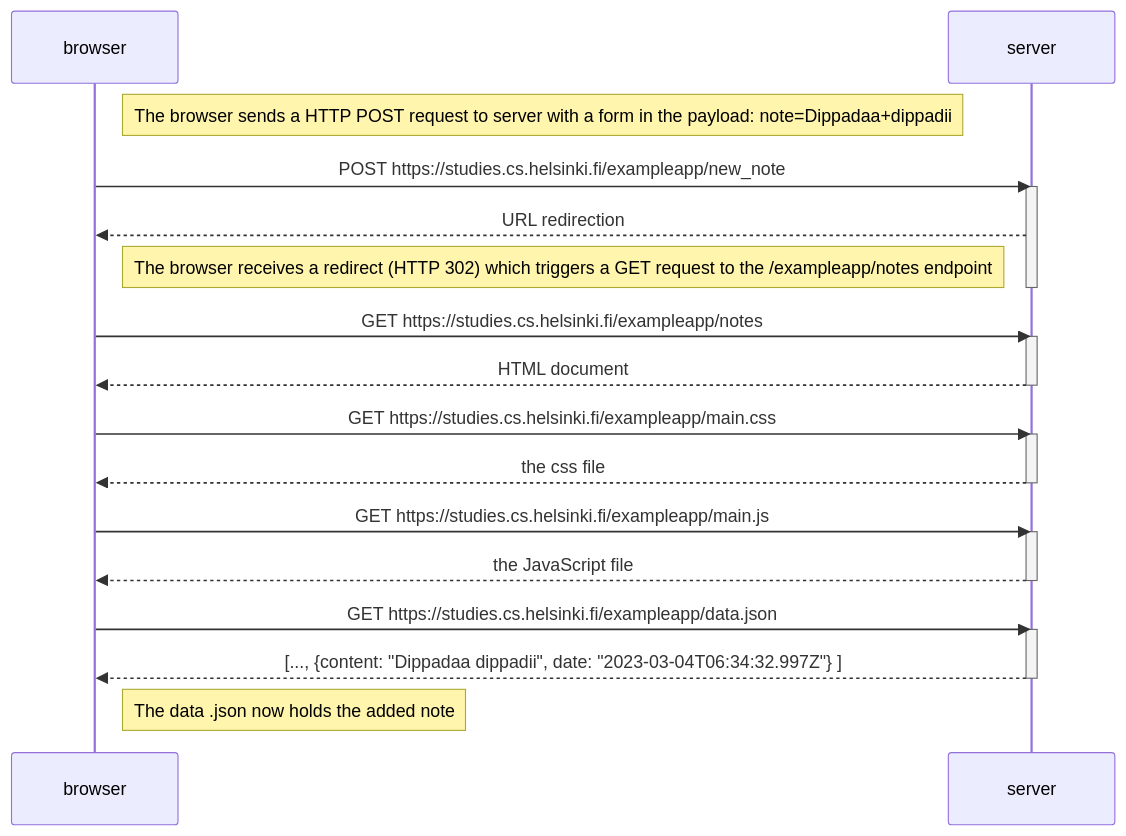
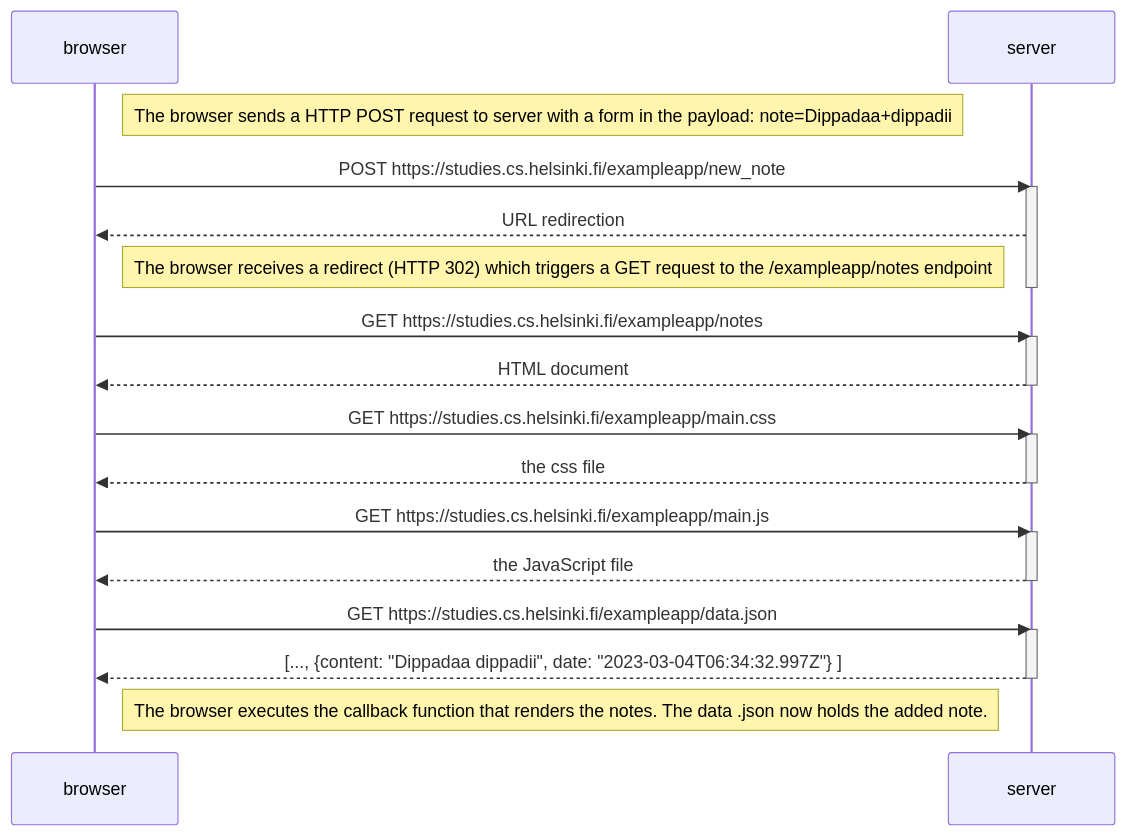
Before and after one commit to m1kkou/full-stack-open-2023: the diagram in osa_00/0.4-uusi-muistiinpano/muistiinpano.md, drawn with Mermaid.

Commit message:
Updated the muistiinpano.md file

````diff
--- a/osa_00/0.4-uusi-muistiinpano/muistiinpano.md
+++ b/osa_00/0.4-uusi-muistiinpano/muistiinpano.md
@@ -1,37 +1,37 @@
 ```mermaid
 sequenceDiagram;
     participant browser;
     participant server;
     
     Note right of browser: The browser sends a HTTP POST request to server with a form in the payload: note=Dippadaa+dippadii;
     
     browser->>server: POST https://studies.cs.helsinki.fi/exampleapp/new_note;
     activate server;
     server-->>browser: URL redirection;
     
     Note right of browser: The browser receives a redirect (HTTP 302) which triggers a GET request to the /exampleapp/notes endpoint;
     deactivate server;
 
     browser->>server: GET https://studies.cs.helsinki.fi/exampleapp/notes
     activate server
     server-->>browser: HTML document
     deactivate server
     
     browser->>server: GET https://studies.cs.helsinki.fi/exampleapp/main.css;
     activate server;
     server-->>browser: the css file;
     deactivate server;
     
     browser->>server: GET https://studies.cs.helsinki.fi/exampleapp/main.js;
     activate server;
     server-->>browser: the JavaScript file;
     deactivate server;
     
     browser->>server: GET https://studies.cs.helsinki.fi/exampleapp/data.json;
     activate server;
     server-->>browser: [..., {content: "Dippadaa dippadii", date: "2023-03-04T06:34:32.997Z"} ];
     deactivate server;
 
-    Note right of browser: The data .json now holds the added note
+    Note right of browser: The browser executes the callback function that renders the notes. The data .json now holds the added note.
 
  ```
````
